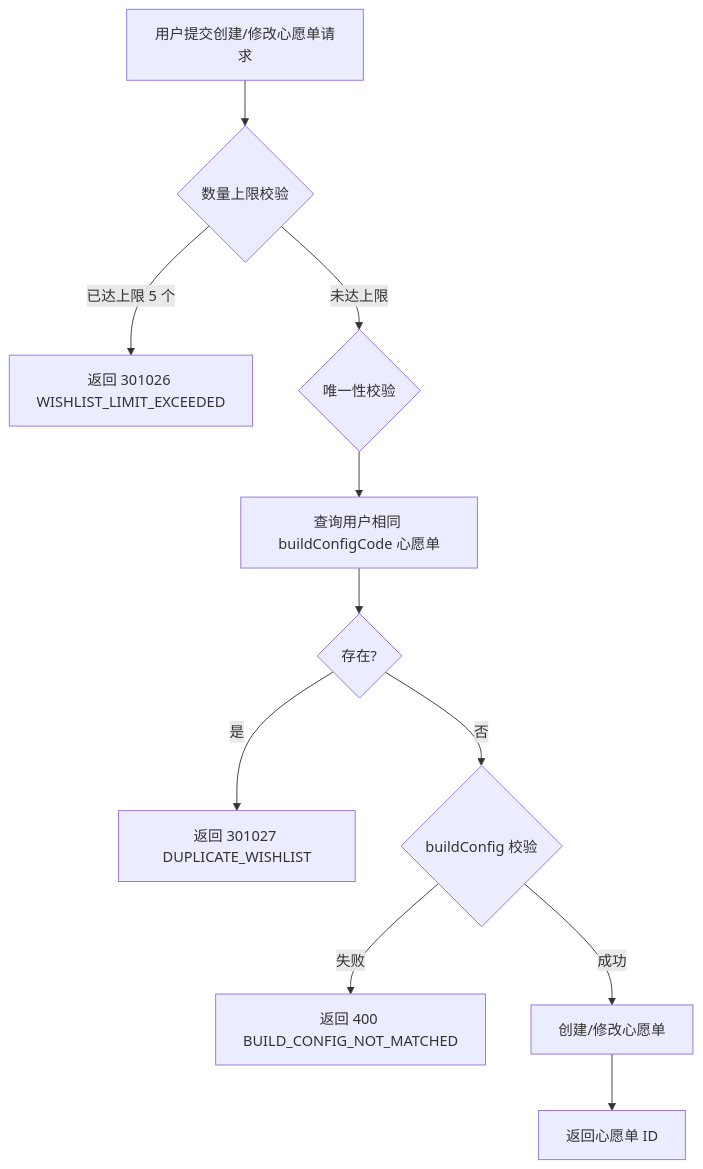
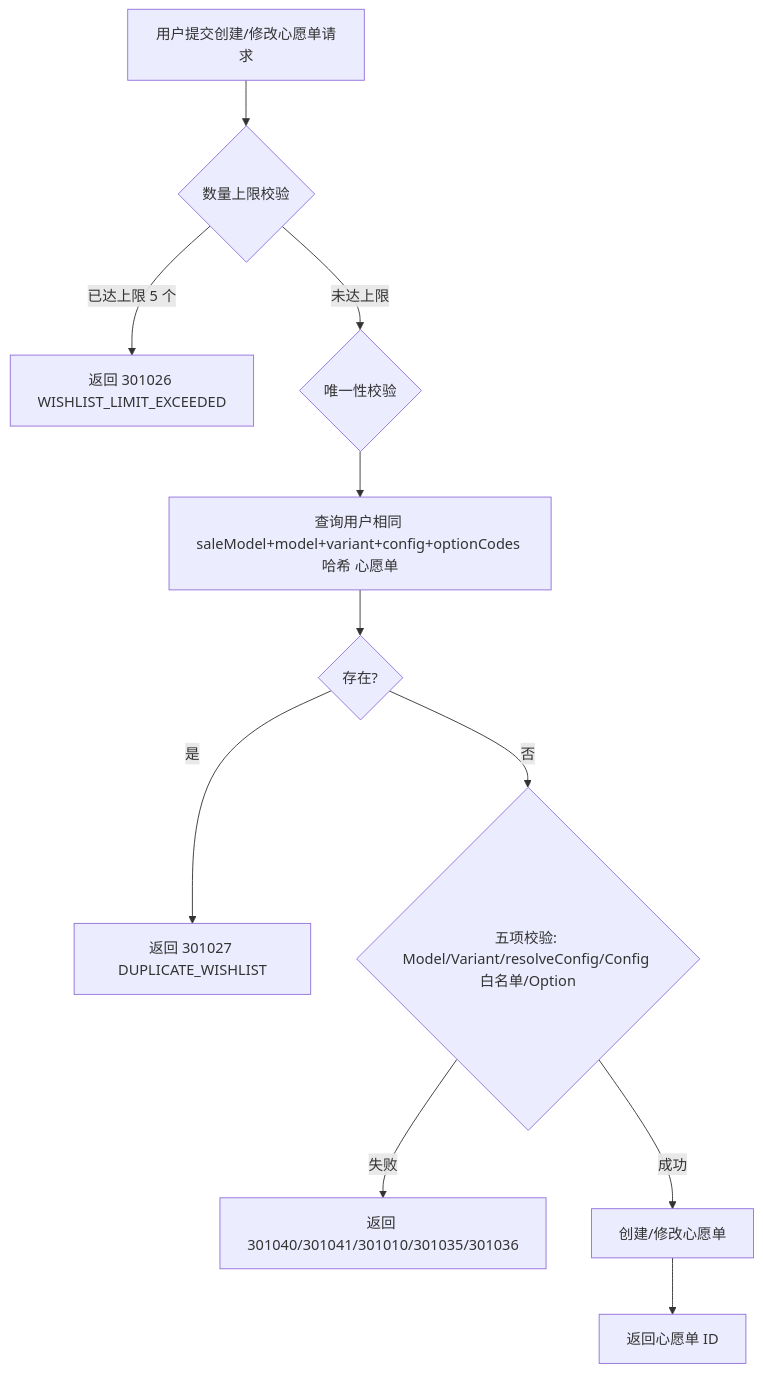
Diagram 14 of 27 in specs/vehicle-sale-order/design.md (hwyzleo/iov-cloud-otd-vso), drawn with Mermaid before and after one commit. The commit also changed other lines of this file and 58 other files, not shown here.

````diff
--- a/specs/vehicle-sale-order/design.md
+++ b/specs/vehicle-sale-order/design.md
@@ -1020,13 +1047,13 @@
 ```mermaid
 flowchart TD
     A[用户提交创建/修改心愿单请求] --> B{数量上限校验}
     B -->|已达上限 5 个| C[返回 301026 WISHLIST_LIMIT_EXCEEDED]
     B -->|未达上限| D{唯一性校验}
-    D --> E[查询用户相同 buildConfigCode 心愿单]
+    D --> E[查询用户相同 saleModel+model+variant+config+optionCodes 哈希 心愿单]
     E --> F{存在?}
     F -->|是| G[返回 301027 DUPLICATE_WISHLIST]
-    F -->|否| H{buildConfig 校验}
-    H -->|失败| I[返回 400 BUILD_CONFIG_NOT_MATCHED]
+    F -->|否| H{五项校验: Model/Variant/resolveConfig/Config 白名单/Option}
+    H -->|失败| I[返回 301040/301041/301010/301035/301036]
     H -->|成功| J[创建/修改心愿单]
     J --> K[返回心愿单 ID]
 ```
````
